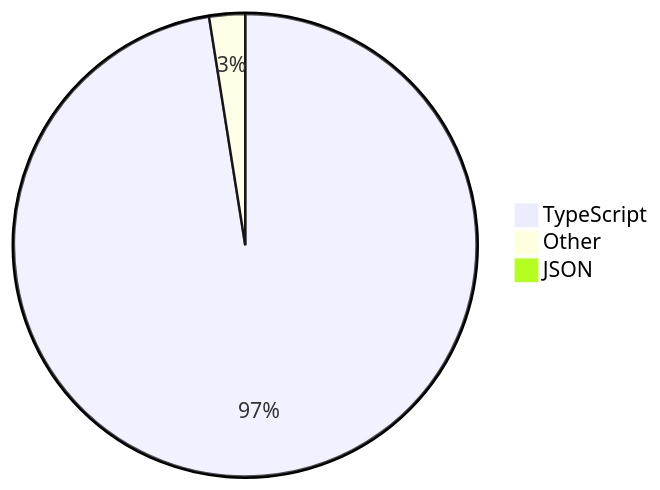
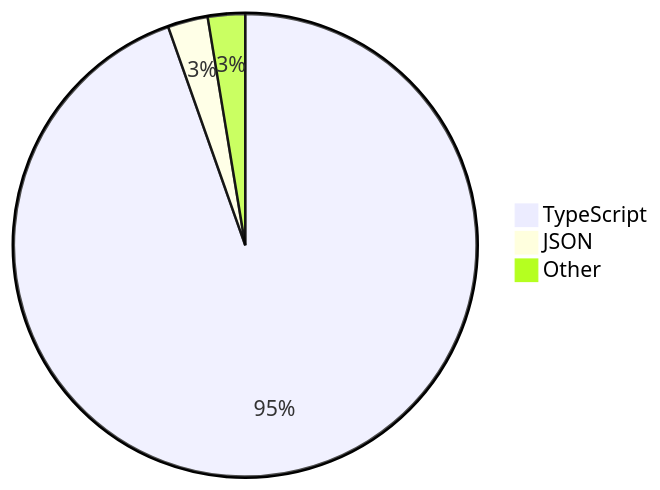
The diagram in README.md (skvggor/skvggor), drawn with Mermaid before and after one commit.

Commit message:
Updated waka-readme graph with new metrics

````diff
--- a/README.md
+++ b/README.md
@@ -28,6 +28,6 @@
 ```mermaid
 pie
-    "TypeScript" : 97.3
-    "Other" : 2.5
-    "JSON" : 0.2
+    "TypeScript" : 94.6
+    "JSON" : 2.8
+    "Other" : 2.6
 ```
````
